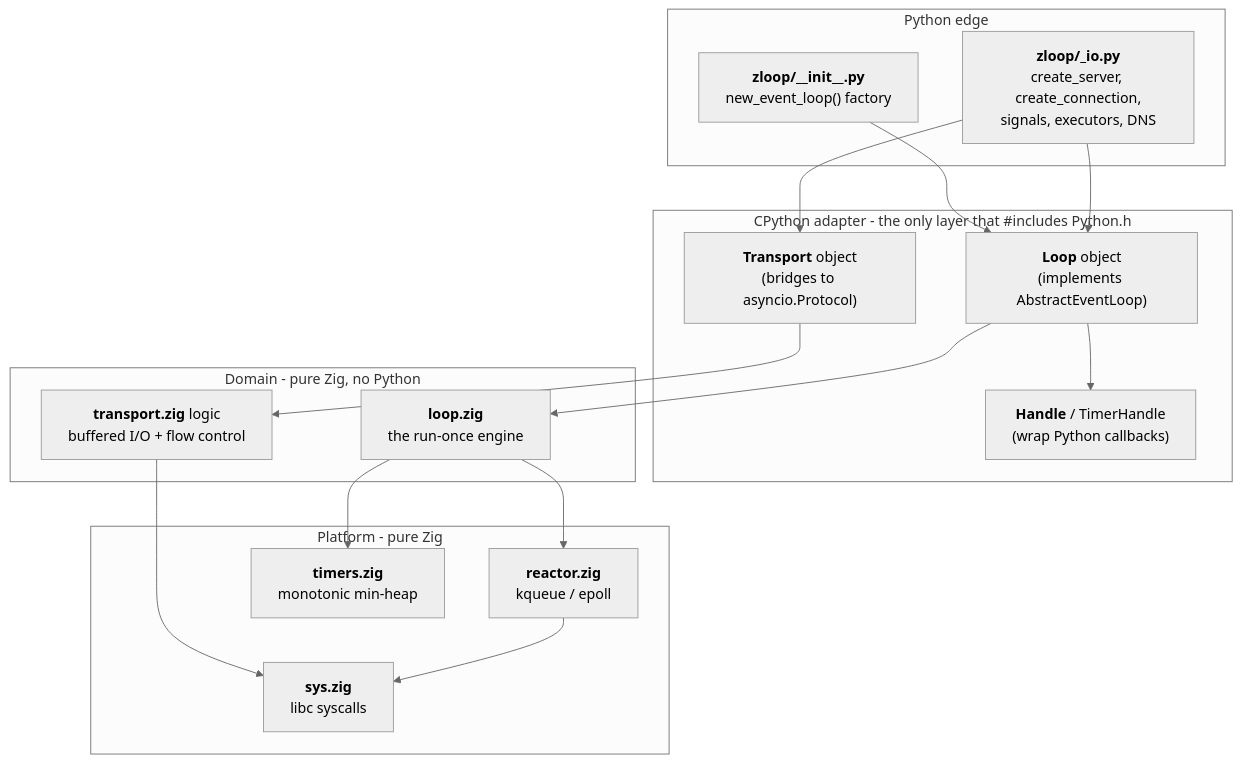
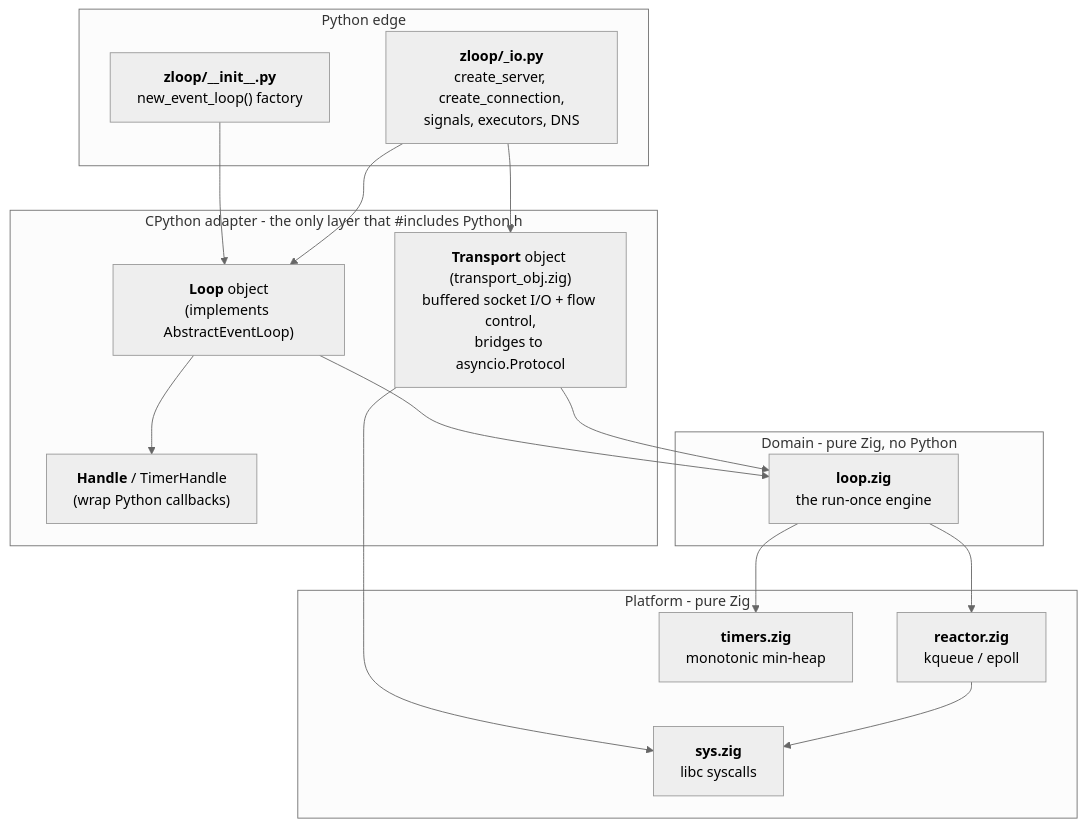
One commit to Kludex/zloop changed the diagram in docs/architecture/overview.md. Above: the diagram before and after it, drawn with Mermaid (neutral theme). The commit also changed 15 other files, not shown here.

````diff
--- a/docs/architecture/overview.md
+++ b/docs/architecture/overview.md
@@ -35,33 +35,32 @@
 ```mermaid
 graph TD
     subgraph edge["Python edge"]
         A["<b>zloop/__init__.py</b><br/>new_event_loop() factory"]
         B["<b>zloop/_io.py</b><br/>create_server, create_connection,<br/>signals, executors, DNS"]
     end
     subgraph adapter["CPython adapter - the only layer that #includes Python.h"]
         C["<b>Loop</b> object<br/>(implements AbstractEventLoop)"]
-        D["<b>Transport</b> object<br/>(bridges to asyncio.Protocol)"]
+        D["<b>Transport</b> object (transport_obj.zig)<br/>buffered socket I/O + flow control,<br/>bridges to asyncio.Protocol"]
         E["<b>Handle</b> / TimerHandle<br/>(wrap Python callbacks)"]
     end
     subgraph domain["Domain - pure Zig, no Python"]
         F["<b>loop.zig</b><br/>the run-once engine"]
-        G["<b>transport.zig</b> logic<br/>buffered I/O + flow control"]
     end
     subgraph platform["Platform - pure Zig"]
         H["<b>reactor.zig</b><br/>kqueue / epoll"]
         I["<b>timers.zig</b><br/>monotonic min-heap"]
         J["<b>sys.zig</b><br/>libc syscalls"]
     end
 
     A --> C
     B --> C
     B --> D
     C --> E
     C --> F
-    D --> G
+    D --> F
+    D --> J
     F --> H
     F --> I
-    G --> J
     H --> J
 
 ```
````
